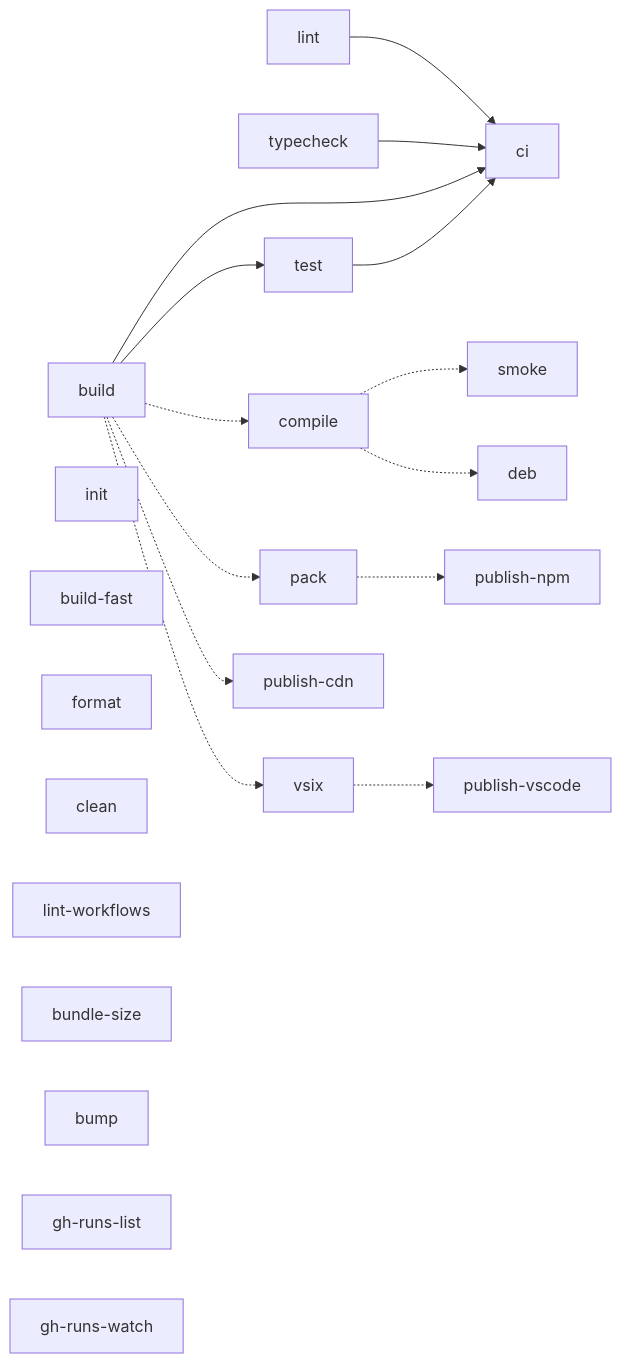
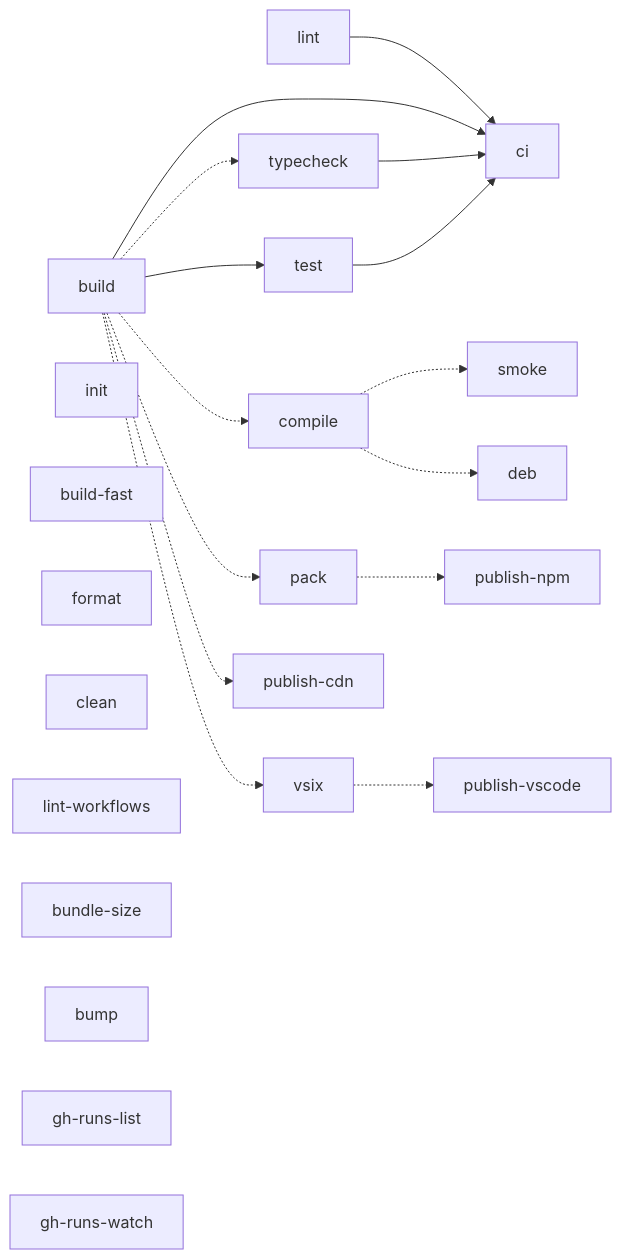
One commit to lolay/nowline changed the diagram in Makefile.md. Above: the diagram before and after it, drawn with Mermaid. The commit also changed other lines of this file and 6 other files, not shown here.

First line of the commit message:
Run typecheck after build in make ci and gate CI on it (#81)

````diff
--- a/Makefile.md
+++ b/Makefile.md
@@ -12,32 +12,34 @@
 ```mermaid
 graph LR
     %% solid = hard prerequisite (make runs the left target first)
     build --> test
     lint --> ci
+    build --> ci
     typecheck --> ci
-    build --> ci
     test --> ci
 
-    %% dotted = consumes the left target's output, but the artifact is a
-    %% separate CI job in the release pipeline, so it is not a hard make
-    %% prerequisite (see "Why publish-* don't hard-depend on build" below)
+    %% dotted = consumes the left target's output but is not a hard make
+    %% prerequisite: typecheck is ordered after build inside ci instead, and
+    %% the release artifacts come from a separate CI job (see "Why publish-*
+    %% don't hard-depend on build" below)
+    build -.-> typecheck
     build -.-> compile
     compile -.-> smoke
     compile -.-> deb
     build -.-> pack
     build -.-> vsix
     pack -.-> publish_npm["publish-npm"]
     vsix -.-> publish_vscode["publish-vscode"]
     build -.-> publish_cdn["publish-cdn"]
 
     %% standalone
     init
     build_fast["build-fast"]
     format
     clean
     lint_workflows["lint-workflows"]
     bundle_size["bundle-size"]
     bump
     gh_runs_list["gh-runs-list"]
     gh_runs_watch["gh-runs-watch"]
 ```
````
